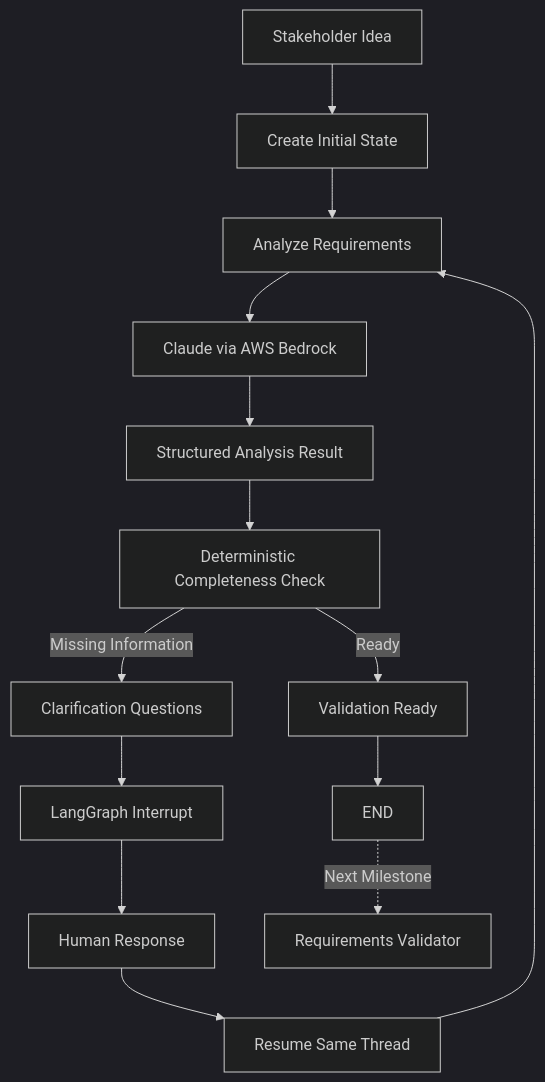
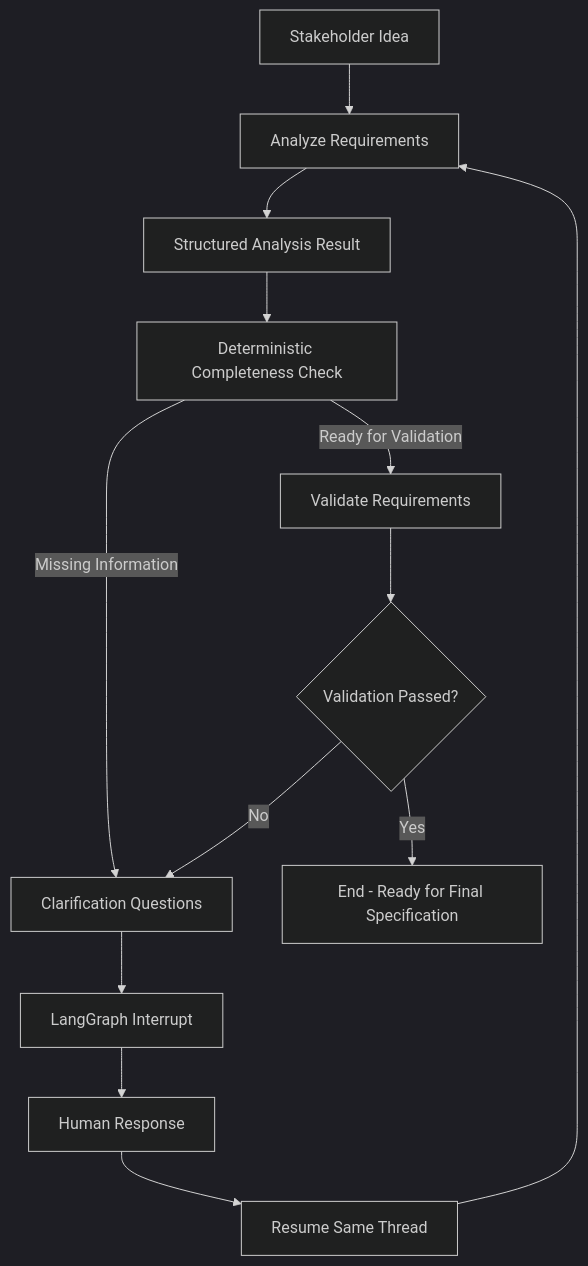
One commit to nithikeshreddy/requirements-collection-agent changed the first of 2 diagrams in README.md. Above: the diagram before and after it, drawn with Mermaid (dark theme). The commit also changed other lines of this file, not shown here.

````diff
--- a/README.md
+++ b/README.md
@@ -127,22 +77,22 @@
 ```mermaid
 flowchart TD
-    A[Stakeholder Idea] --> B[Create Initial State]
-    B --> C[Analyze Requirements]
+    A[Stakeholder Idea] --> B[Analyze Requirements]
 
-    C --> D[Claude via AWS Bedrock]
-    D --> E[Structured Analysis Result]
+    B --> C[Structured Analysis Result]
 
-    E --> F[Deterministic Completeness Check]
+    C --> D[Deterministic Completeness Check]
 
-    F -->|Missing Information| G[Clarification Questions]
+    D -->|Missing Information| E[Clarification Questions]
 
-    G --> H[LangGraph Interrupt]
-    H --> I[Human Response]
-    I --> J[Resume Same Thread]
-    J --> C
+    E --> F[LangGraph Interrupt]
+    F --> G[Human Response]
+    G --> H[Resume Same Thread]
+    H --> B
 
-    F -->|Ready| K[Validation Ready]
-    K --> L[END]
+    D -->|Ready for Validation| I[Validate Requirements]
 
-    L -. Next Milestone .-> M[Requirements Validator]
+    I --> J{Validation Passed?}
+
+    J -->|No| E
+    J -->|Yes| K[End - Ready for Final Specification]
 ```
````
